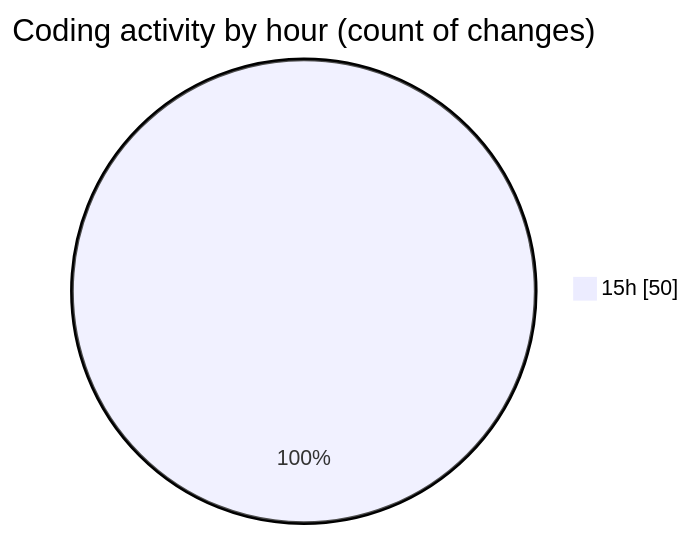
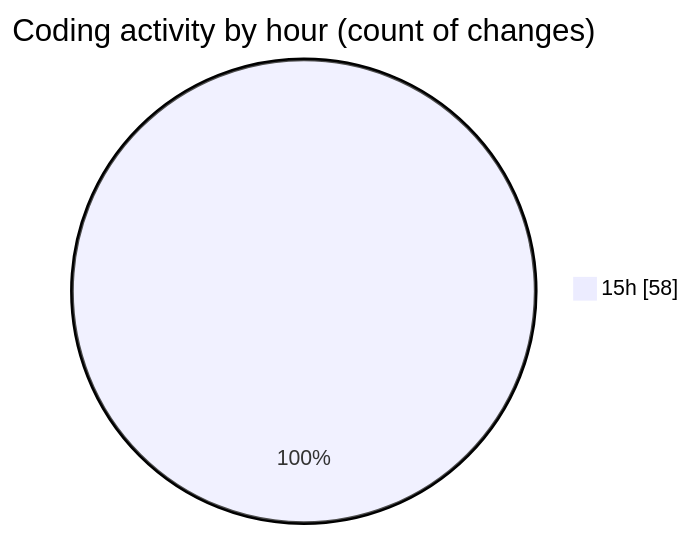
Before and after one commit to IJAZ3593/code-tracking: the second of 2 diagrams in 2025-09-01/project_3/README.md, drawn with Mermaid. The commit also changed other lines of this file and 1 other file, not shown here.

````diff
--- a/2025-09-01/project_3/README.md
+++ b/2025-09-01/project_3/README.md
@@ -36,5 +36,5 @@
 ```mermaid
 pie showData
 title Coding activity by hour (count of changes)
-"15h" : 50
+"15h" : 58
 ```
````
